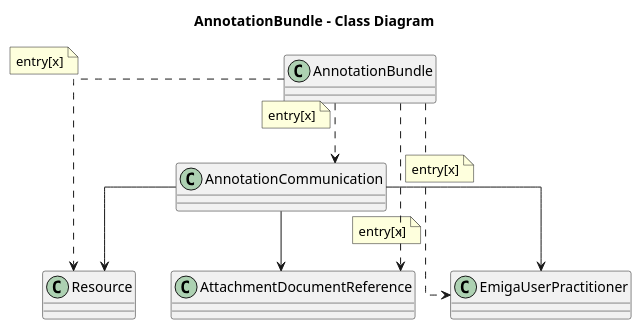
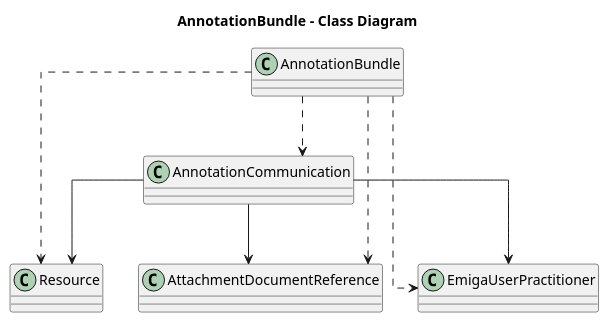
Before and after one commit to robert-koch-institut/rki.emiga.common: the diagram in rki.emiga.common/PlantUML/AnnotationBundle.puml, drawn with PlantUML. The commit also changed 2 other files, not shown here.

```diff
--- a/rki.emiga.common/PlantUML/AnnotationBundle.puml
+++ b/rki.emiga.common/PlantUML/AnnotationBundle.puml
@@ -1,29 +1,25 @@
 @startuml
 skinparam linetype ortho
 
 title AnnotationBundle - Class Diagram
 
 class AnnotationBundle{
 }
 class AnnotationCommunication{
 }
 class Resource {
 }
 class AttachmentDocumentReference {
 }
 class EmigaUserPractitioner {
 }
 
 AnnotationCommunication --> EmigaUserPractitioner
 AnnotationCommunication --> AttachmentDocumentReference 
 AnnotationCommunication --> Resource
 
 AnnotationBundle ..> AnnotationCommunication
-note on link: entry[x]
 AnnotationBundle ..> EmigaUserPractitioner
-note on link: entry[x]
 AnnotationBundle ..> AttachmentDocumentReference
-note on link: entry[x]
 AnnotationBundle ..> Resource
-note on link: entry[x]
 @enduml
```
